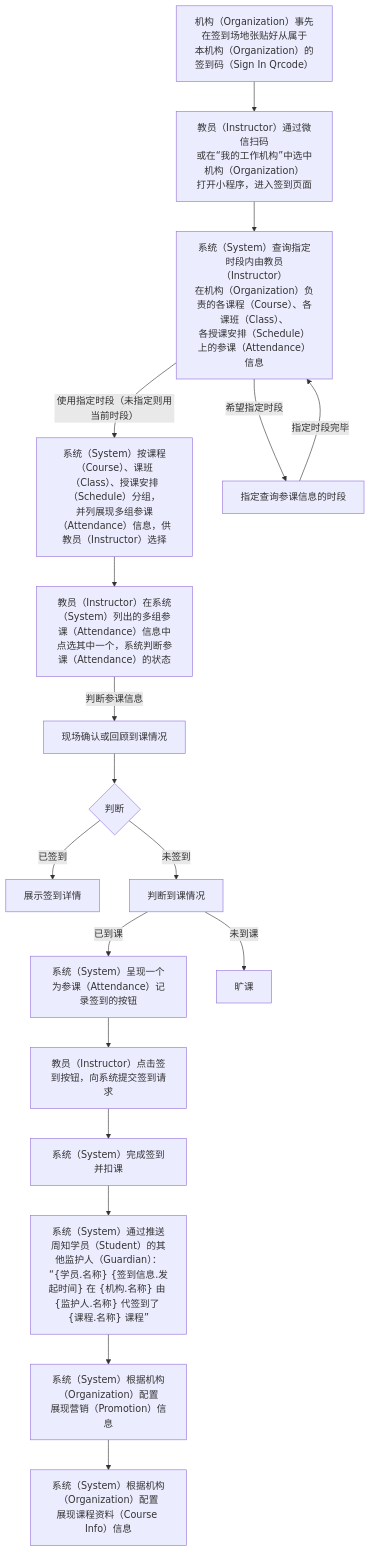
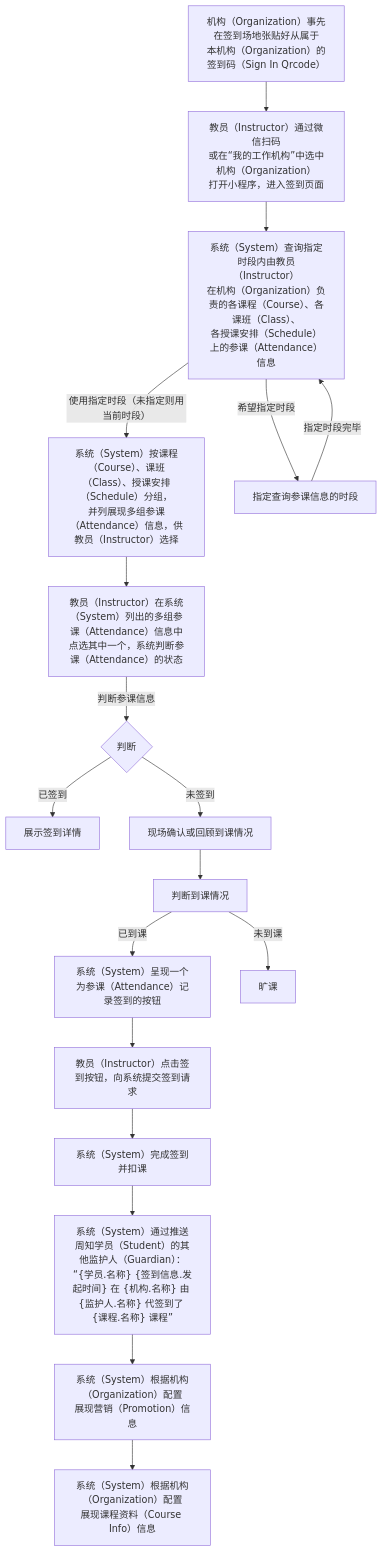
Before and after one commit to world-wide-web/sign: the third of 3 diagrams in 用例/签到.md, drawn with Mermaid. The commit also changed other lines of this file, not shown here.

Commit message:
用例/签到.md updated from https://stackedit.io/

````diff
--- a/用例/签到.md
+++ b/用例/签到.md
@@ -82,47 +82,47 @@
 ```mermaid
 graph TD
 
 准备签到码-->扫描签到码
 扫描签到码-->列出负责的授课单元
 列出负责的授课单元--"使用指定时段（未指定则用当前时段）"-->展现授课单元下的参课信息
 列出负责的授课单元--希望指定时段-->指定查询参课信息的时段
 指定查询参课信息的时段--指定时段完毕-->列出负责的授课单元
 展现授课单元下的参课信息-->选择参课信息
-选择参课信息--判断参课信息-->现场确认或回顾到课情况
-现场确认或回顾到课情况-->判断参课信息
+选择参课信息--判断参课信息-->判断参课信息
 判断参课信息--已签到-->展示签到详情
-判断参课信息--未签到-->判断到课情况
+判断参课信息--未签到-->现场确认或回顾到课情况
+现场确认或回顾到课情况-->判断到课情况
 判断到课情况--已到课-->呈现签到按钮
 判断到课情况--未到课-->旷课
 呈现签到按钮-->提交签到请求
 提交签到请求-->签到扣课
 签到扣课-->周知签到情况
 周知签到情况-->展示营销信息
 展示营销信息-->展示课程资料
 
 准备签到码["<center>机构（Organization）事先在签到场地张贴好从属于<br>本机构（Organization）的签到码（Sign In Qrcode）</center>"]
 
 扫描签到码["<center>教员（Instructor）通过微信扫码<br>或在“我的工作机构”中选中机构（Organization）<br>打开小程序，进入签到页面</center>"]
 
 列出负责的授课单元["<center>系统（System）查询指定时段内由教员（Instructor）<br>在机构（Organization）负责的各课程（Course）、各课班（Class）、<br>各授课安排（Schedule）上的参课（Attendance）信息"]
 
 指定查询参课信息的时段
 
 展现授课单元下的参课信息["<center>系统（System）按课程（Course）、课班（Class）、授课安排（Schedule）分组，<br>并列展现多组参课（Attendance）信息，供教员（Instructor）选择</center>"]
 
 选择参课信息["<center>教员（Instructor）在系统（System）列出的多组参课（Attendance）信息中<br>点选其中一个，系统判断参课（Attendance）的状态</center>"]
 
 判断参课信息{"<center>判断</center>"}
 
 呈现签到按钮["<center>系统（System）呈现一个为参课（Attendance）记录签到的按钮</center>"]
 
 提交签到请求["<center>教员（Instructor）点击签到按钮，向系统提交签到请求</center>"]
 
 签到扣课["<center>系统（System）完成签到并扣课</center>"]
 
 周知签到情况["<center>系统（System）通过推送周知学员（Student）的其他监护人（Guardian）：<br>“{学员.名称} {签到信息.发起时间} 在 {机构.名称} 由 {监护人.名称} 代签到了 {课程.名称} 课程”</center>"]
 
 展示营销信息["<center>系统（System）根据机构（Organization）配置<br>展现营销（Promotion）信息</center>"]
 
 展示课程资料["<center>系统（System）根据机构（Organization）配置<br>展现课程资料（Course Info）信息</center>"]
 ```
````
